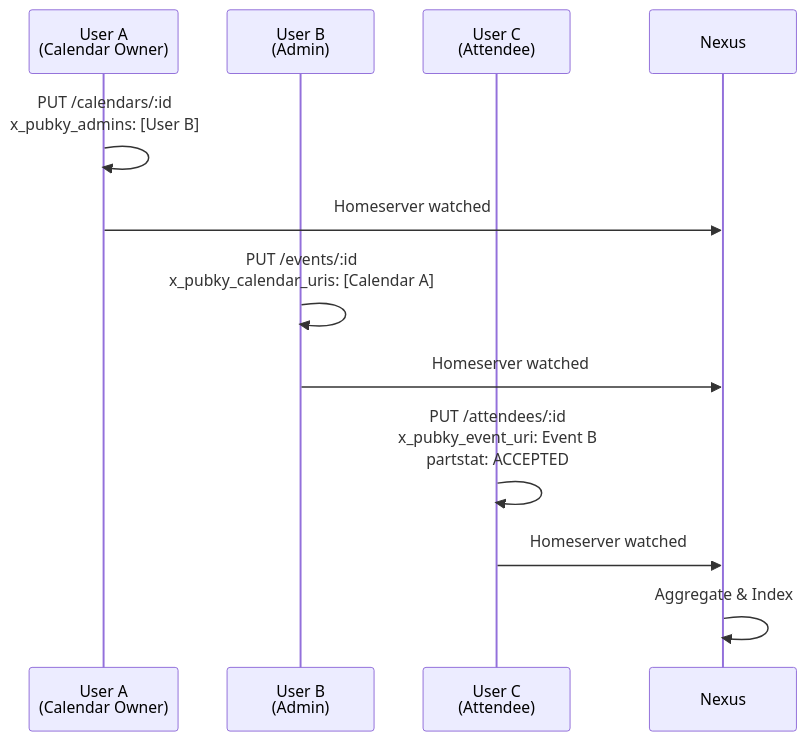
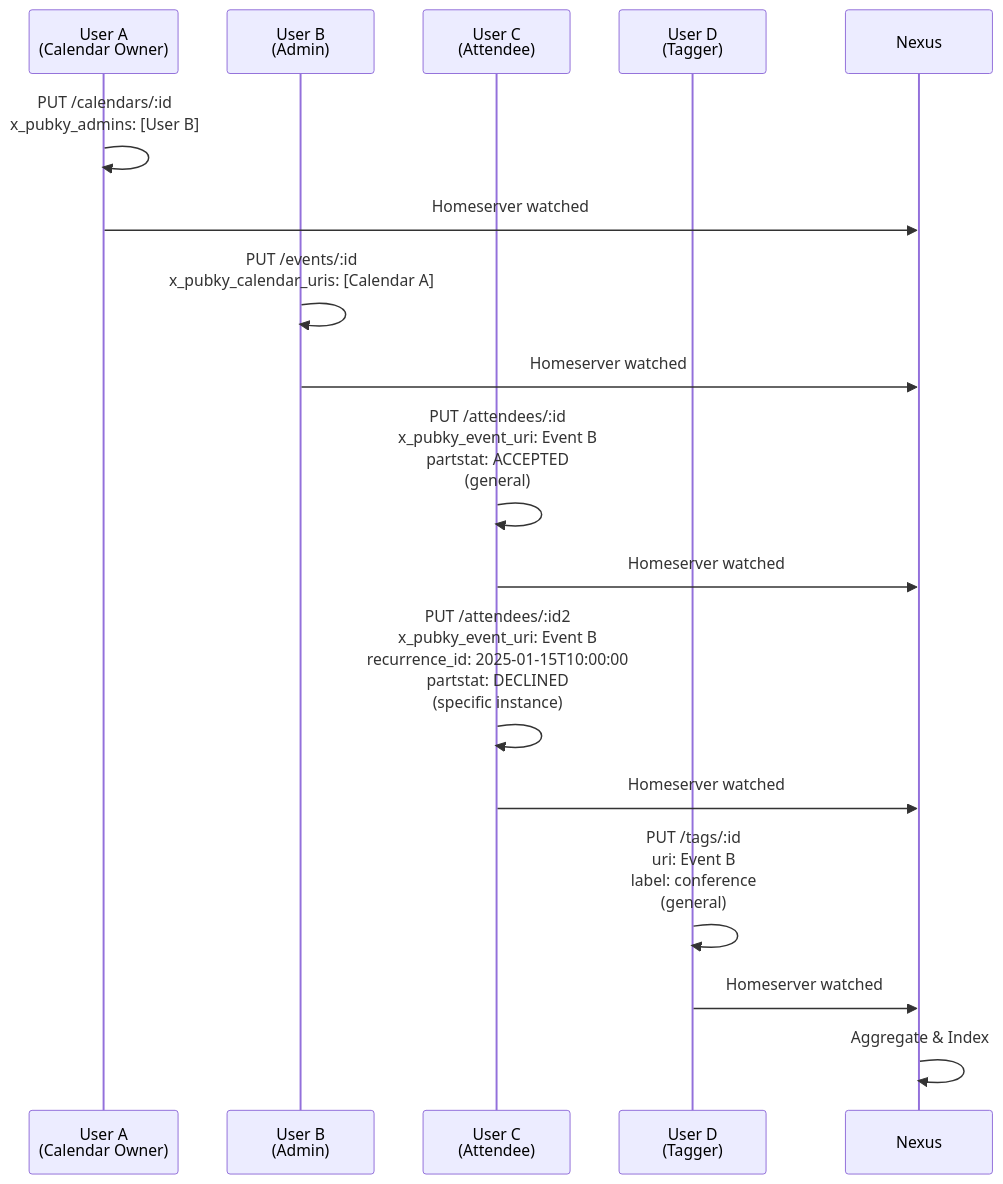
The third of 3 diagrams in docs/DATA_MODEL.md (gillohner/eventky), drawn with Mermaid before and after one commit. The commit also changed other lines of this file, not shown here.

Commit message:
add tags and recurrence_id to data model docs diagram

````diff
--- a/docs/DATA_MODEL.md
+++ b/docs/DATA_MODEL.md
@@ -79,18 +101,25 @@
 ```mermaid
 sequenceDiagram
     participant UA as User A<br/>(Calendar Owner)
     participant UB as User B<br/>(Admin)
     participant UC as User C<br/>(Attendee)
+    participant UD as User D<br/>(Tagger)
     participant N as Nexus
     
     UA->>UA: PUT /calendars/:id<br/>x_pubky_admins: [User B]
     UA->>N: Homeserver watched
     
     UB->>UB: PUT /events/:id<br/>x_pubky_calendar_uris: [Calendar A]
     UB->>N: Homeserver watched
     
-    UC->>UC: PUT /attendees/:id<br/>x_pubky_event_uri: Event B<br/>partstat: ACCEPTED
+    UC->>UC: PUT /attendees/:id<br/>x_pubky_event_uri: Event B<br/>partstat: ACCEPTED<br/>(general)
     UC->>N: Homeserver watched
+    
+    UC->>UC: PUT /attendees/:id2<br/>x_pubky_event_uri: Event B<br/>recurrence_id: 2025-01-15T10:00:00<br/>partstat: DECLINED<br/>(specific instance)
+    UC->>N: Homeserver watched
+    
+    UD->>UD: PUT /tags/:id<br/>uri: Event B<br/>label: conference<br/>(general)
+    UD->>N: Homeserver watched
     
     N->>N: Aggregate & Index
 ```
````
